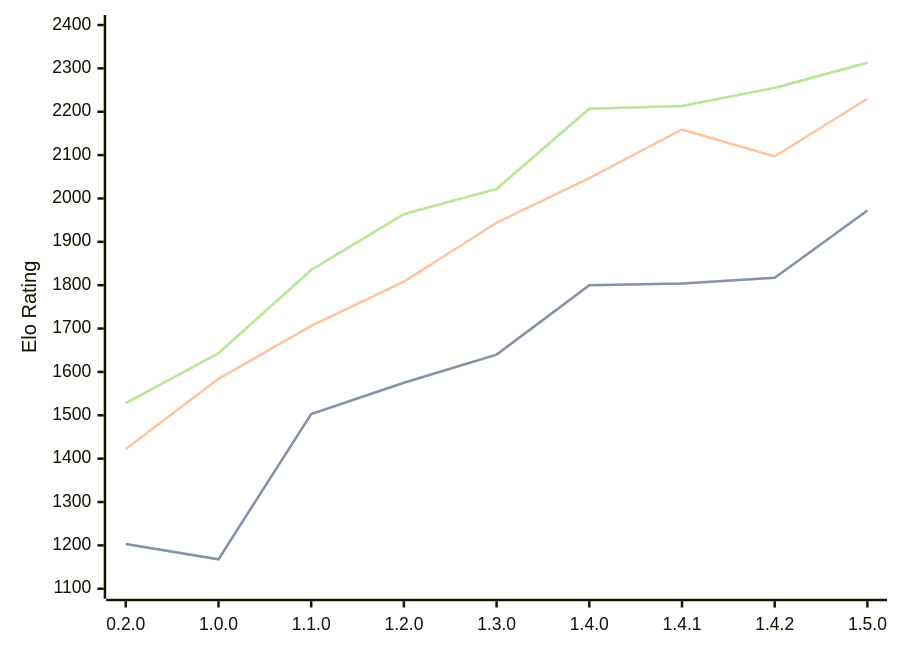
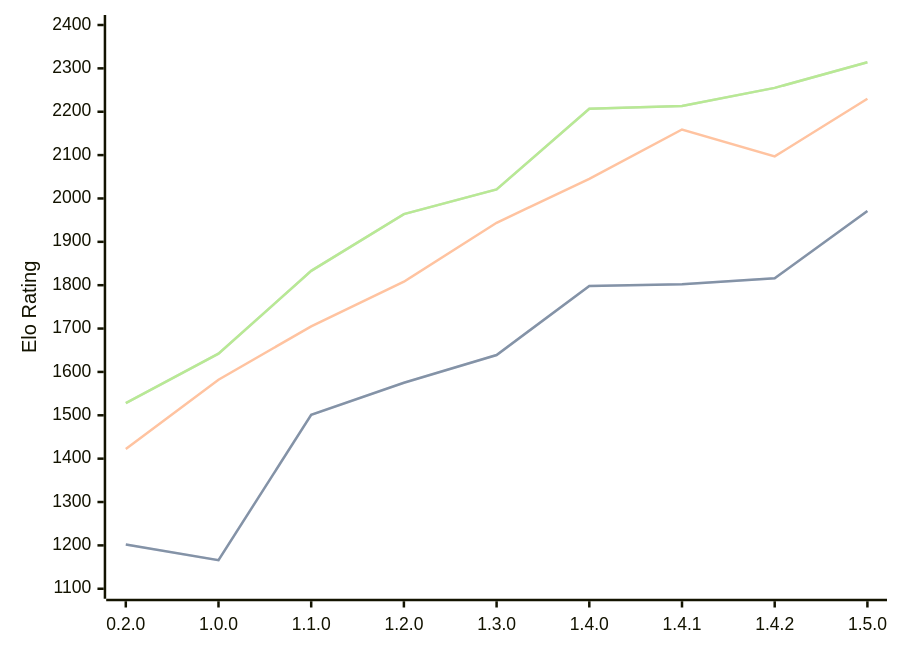
One commit to computer-chess-index/cci changed the diagram in engines/Zeppelin.md. Above: the diagram before and after it, drawn with Mermaid. The commit also changed other lines of this file, not shown here.

Commit message:
Update CCI Ratings (ELO VLTC) - 2026-04-21

````diff
--- a/engines/Zeppelin.md
+++ b/engines/Zeppelin.md
@@ -41,11 +41,11 @@
 ```mermaid
 %%{init: {"theme":"base","themeVariables":{"seriesColors:['#a3a3a3','#222221','#faa371']}}}%%
 xychart-beta
   x-axis ["0.2.0", "1.0.0", "1.1.0", "1.2.0", "1.3.0", "1.4.0", "1.4.1", "1.4.2", "1.5.0"]
   y-axis "Elo Rating" 1100 --> 2400
-  line "STC (8.0+0.08s)" [1203, 1168, 1503, 1575, 1640, 1800, 1804, 1817, 1972]
-  line "STC (8.0+0.08s)" [1203, 1168, 1503, 1575, 1640, 1800, 1804, 1817, 1972]
-  line "LTC (60.0+0.60s)" [1422, 1584, 1706, 1808, 1944, 2047, 2159, 2097, 2230]
-  line "VLTC (2m24s+1.12s)" [1528, 1643, 1835, 1964, 2022, 2207, 2213, 2255, 2313]
-  line "VLTC (2m24s+1.12s)" [1528, 1643, 1835, 1964, 2022, 2207, 2213, 2255, 2313]
+  line "STC (8.0+0.08s)" [1202, 1166, 1501, 1575, 1639, 1798, 1802, 1816, 1971]
+  line "STC (8.0+0.08s)" [1202, 1166, 1501, 1575, 1639, 1798, 1802, 1816, 1971]
+  line "LTC (60.0+0.60s)" [1422, 1582, 1705, 1808, 1944, 2045, 2159, 2097, 2230]
+  line "VLTC (2m24s+1.12s)" [1528, 1642, 1833, 1964, 2021, 2207, 2213, 2255, 2314]
+  line "VLTC (2m24s+1.12s)" [1528, 1642, 1833, 1964, 2021, 2207, 2213, 2255, 2314]
 ```
````
